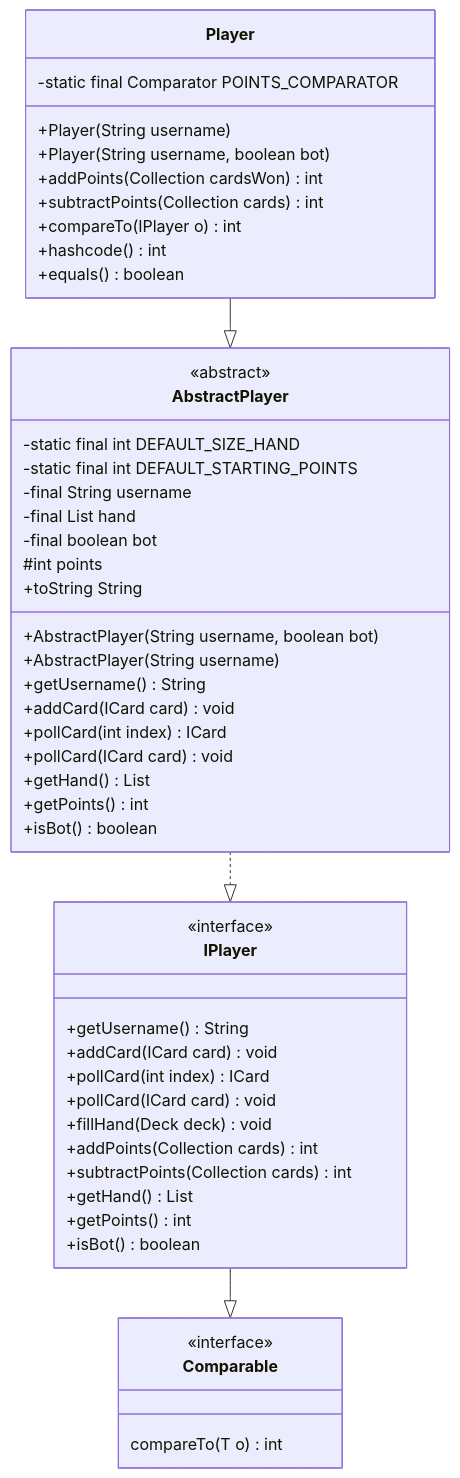
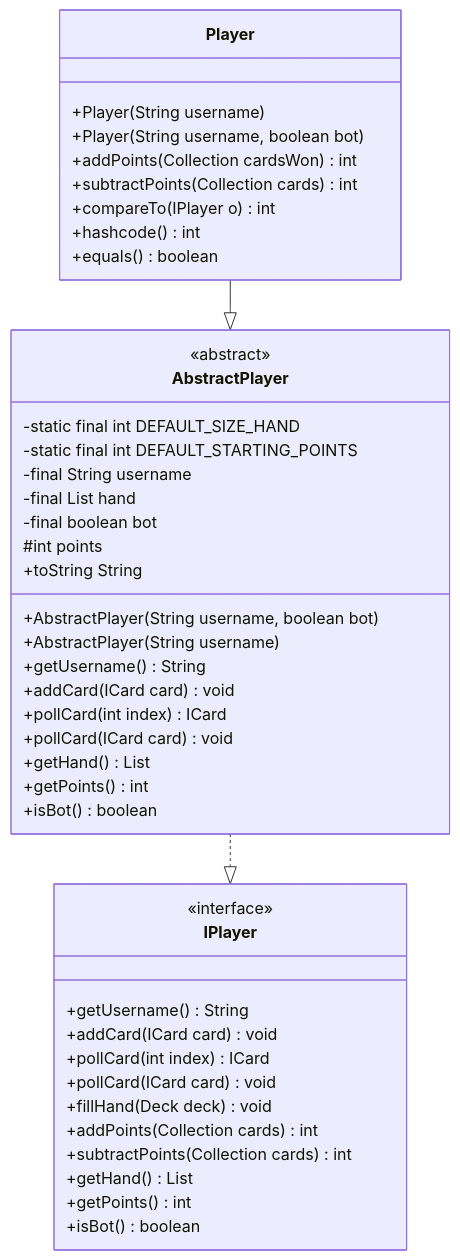
The diagram in uml/Player.md (MouradMjd/Briscola), drawn with Mermaid before and after one commit. The commit also changed 7 other files, not shown here.

````diff
--- a/uml/Player.md
+++ b/uml/Player.md
@@ -1,61 +1,54 @@
 ```mermaid
 classDiagram
-class Comparable {
-    <<interface>>
-    compareTo(T o) int
-}
 
 class IPlayer {
     <<interface>>
 
     +getUsername() String 
     +addCard(ICard card) void
     +pollCard(int index) ICard
     +pollCard(ICard card) void
     +fillHand(Deck deck) void
     +addPoints(Collection<ICard> cards) int 
     +subtractPoints(Collection<ICard> cards) int
     +getHand() List<ICard>
     +getPoints() int
     +isBot() boolean
 }
-IPlayer --|> Comparable
 
 class AbstractPlayer {
     <<abstract>>
     -static final int DEFAULT_SIZE_HAND
     -static final int DEFAULT_STARTING_POINTS
 
     +AbstractPlayer(String username, boolean bot)
     +AbstractPlayer(String username)
 
     -final String username
     -final List<ICard> hand
     -final boolean bot
     #int points
 
     +getUsername() String
     +addCard(ICard card) void
     +pollCard(int index) ICard
     +pollCard(ICard card) void
     +getHand() List<ICard>
     +getPoints() int
     +isBot() boolean
     +toString String
 }
 AbstractPlayer ..|> IPlayer
 
 class Player {
-    -static final Comparator<Integer> POINTS_COMPARATOR
-
     +Player(String username)
     +Player(String username, boolean bot)
 
     +addPoints(Collection<ICard> cardsWon) int
     +subtractPoints(Collection<ICard> cards) int
     +compareTo(IPlayer o) int
     +hashcode() int
     +equals() boolean
 }
 Player --|> AbstractPlayer
 ```
````
